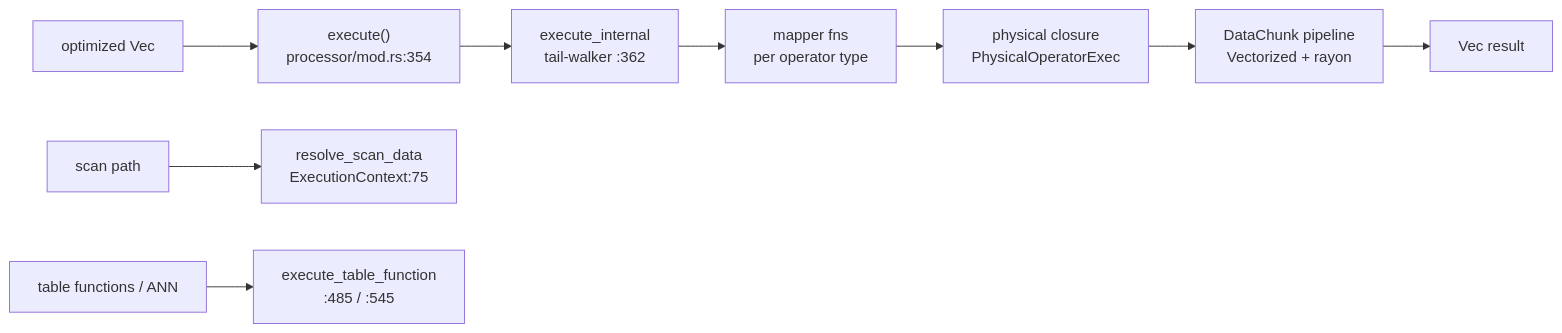
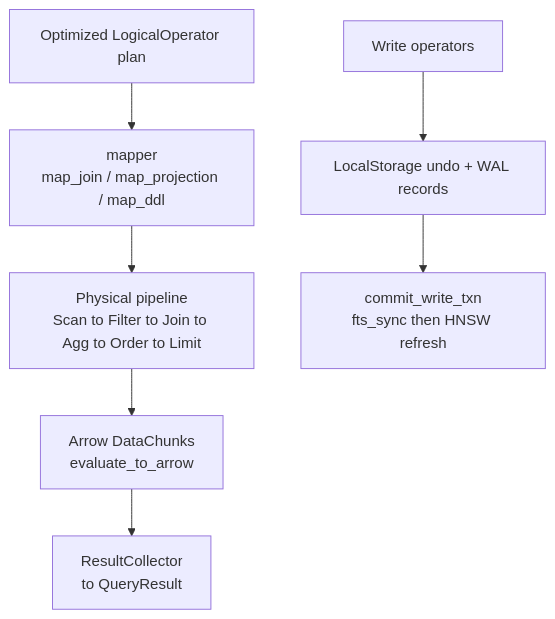
Before and after one commit to mlengse/akar: the diagram in .terrain/human/4.Deep-Exploration/processor.md, drawn with Mermaid. The commit also changed other lines of this file and 29 other files, not shown here.

````diff
--- a/.terrain/human/4.Deep-Exploration/processor.md
+++ b/.terrain/human/4.Deep-Exploration/processor.md
@@ -43,11 +47,9 @@
 ```mermaid
-flowchart LR
-    A["optimized Vec<LogicalOperator>"] --> B["execute()<br/>processor/mod.rs:354"]
-    B --> C["execute_internal<br/>tail-walker :362"]
-    C --> D["mapper fns<br/>per operator type"]
-    D --> E["physical closure<br/>PhysicalOperatorExec"]
-    E --> F["DataChunk pipeline<br/>Vectorized + rayon"]
-    F --> G["Vec<DataChunk> result"]
-    H["scan path"] --> I["resolve_scan_data<br/>ExecutionContext:75"]
-    J["table functions / ANN"] --> K["execute_table_function<br/>:485 / :545"]
+flowchart TD
+    A["Optimized LogicalOperator plan"] --> B["mapper<br/>map_join / map_projection / map_ddl"]
+    B --> C["Physical pipeline<br/>Scan to Filter to Join to Agg to Order to Limit"]
+    C --> D["Arrow DataChunks<br/>evaluate_to_arrow"]
+    D --> E["ResultCollector<br/>to QueryResult"]
+    F["Write operators"] --> G["LocalStorage undo + WAL records"]
+    G --> H["commit_write_txn<br/>fts_sync then HNSW refresh"]
 ```
````
